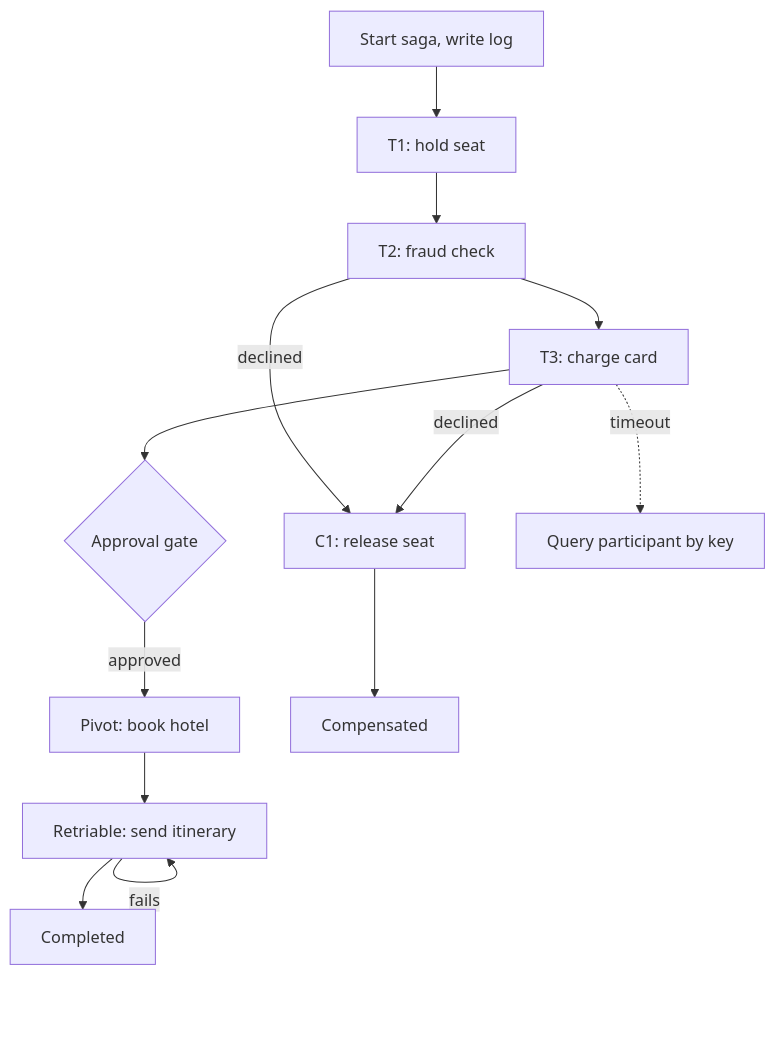
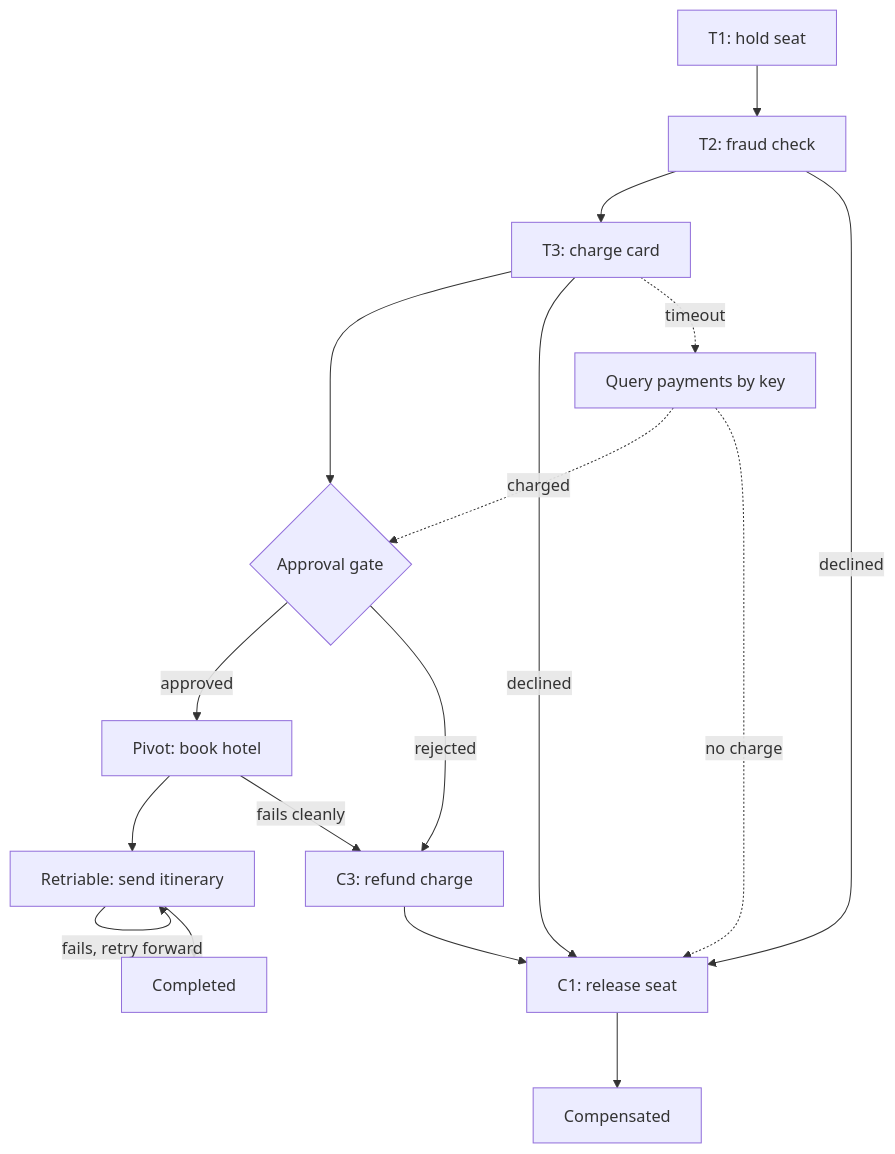
The diagram in content/system-design/saga-pattern-and-distributed-transactions.md (lovishmahajan97/agentic-learning), drawn with Mermaid before and after one commit. The commit also changed other lines of this file and 213 other files, not shown here.

````diff
--- a/content/system-design/saga-pattern-and-distributed-transactions.md
+++ b/content/system-design/saga-pattern-and-distributed-transactions.md
@@ -150,15 +151,19 @@
 ```mermaid
 flowchart TD
-    S["Start saga, write log"] --> T1["T1: hold seat"]
-    T1 --> T2["T2: fraud check"]
+    T1["T1: hold seat"] --> T2["T2: fraud check"]
     T2 --> T3["T3: charge card"]
     T3 --> G{"Approval gate"}
     G -->|"approved"| P["Pivot: book hotel"]
     P --> R["Retriable: send itinerary"]
-    R -->|"fails"| R
+    R -->|"fails, retry forward"| R
     R --> D["Completed"]
     T2 -->|"declined"| C1["C1: release seat"]
     T3 -->|"declined"| C1
-    T3 -.->|"timeout"| Q["Query participant by key"]
+    T3 -.->|"timeout"| Q["Query payments by key"]
+    Q -.->|"charged"| G
+    Q -.->|"no charge"| C1
+    G -->|"rejected"| C3["C3: refund charge"]
+    P -->|"fails cleanly"| C3
+    C3 --> C1
     C1 --> X["Compensated"]
 ```
````
